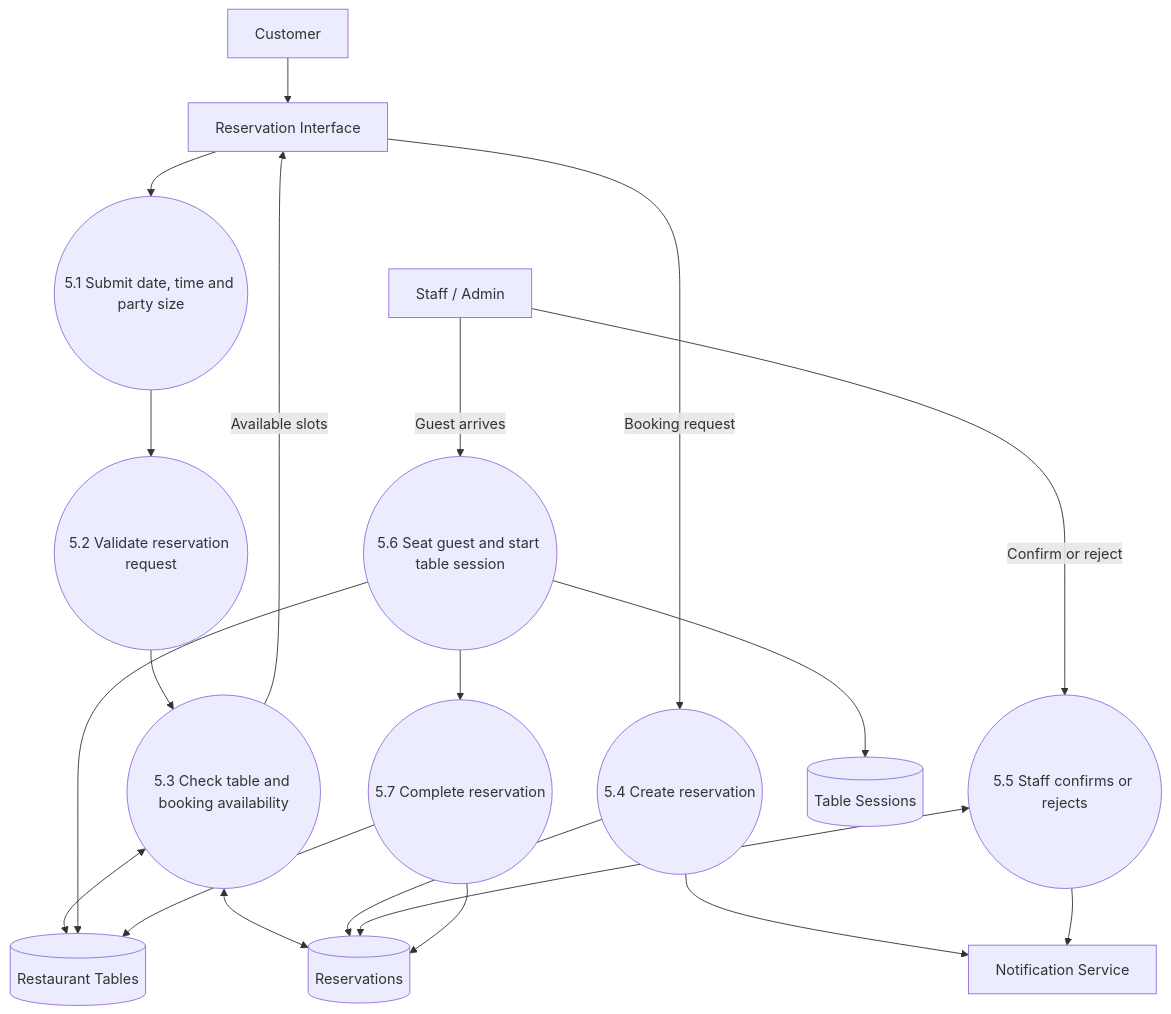
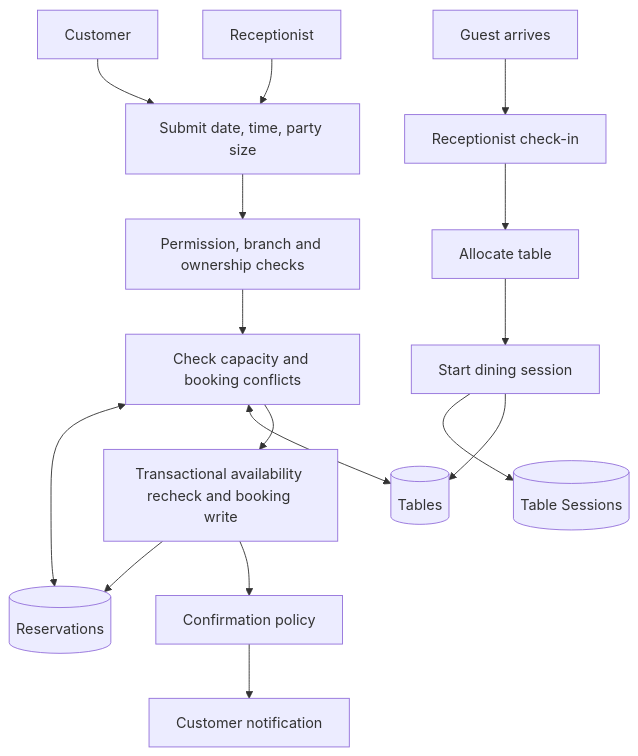
Before and after one commit to tammela-balakrishna/Mr.Biryani: the sixth of 8 diagrams in backend/docs/data-flow-diagrams.md, drawn with Mermaid. The commit also changed other lines of this file, not shown here.

````diff
--- a/backend/docs/data-flow-diagrams.md
+++ b/backend/docs/data-flow-diagrams.md
@@ -282,44 +227,18 @@
 ```mermaid
 flowchart TD
-    C[Customer]
-    UI[Reservation Interface]
-
-    P1((5.1 Submit date, time and party size))
-    P2((5.2 Validate reservation request))
-    P3((5.3 Check table and booking availability))
-    P4((5.4 Create reservation))
-    P5((5.5 Staff confirms or rejects))
-    P6((5.6 Seat guest and start table session))
-    P7((5.7 Complete reservation))
-
-    D1[(Reservations)]
-    D2[(Restaurant Tables)]
-    D3[(Table Sessions)]
-
-    S[Staff / Admin]
-    N[Notification Service]
-
-    C --> UI
-    UI --> P1
-    P1 --> P2
-    P2 --> P3
-    P3 <--> D1
-    P3 <--> D2
-    P3 -->|Available slots| UI
-
-    UI -->|Booking request| P4
-    P4 --> D1
-    P4 --> N
-
-    S -->|Confirm or reject| P5
-    P5 <--> D1
-    P5 --> N
-
-    S -->|Guest arrives| P6
-    P6 --> D3
-    P6 --> D2
-
-    P6 --> P7
-    P7 --> D1
-    P7 --> D2
+    C[Customer] --> REQ[Submit date, time, party size]
+    R[Receptionist] --> REQ
+    REQ --> AUTH[Permission, branch and ownership checks]
+    AUTH --> AVAIL[Check capacity and booking conflicts]
+    AVAIL <--> RES[(Reservations)]
+    AVAIL <--> TABLE[(Tables)]
+    AVAIL --> TX[Transactional availability recheck and booking write]
+    TX --> RES
+    TX --> CONF[Confirmation policy]
+    CONF --> NOTIFY[Customer notification]
+    G[Guest arrives] --> CHECKIN[Receptionist check-in]
+    CHECKIN --> ALLOC[Allocate table]
+    ALLOC --> SESSION[Start dining session]
+    SESSION --> TS[(Table Sessions)]
+    SESSION --> TABLE
 ```
````
